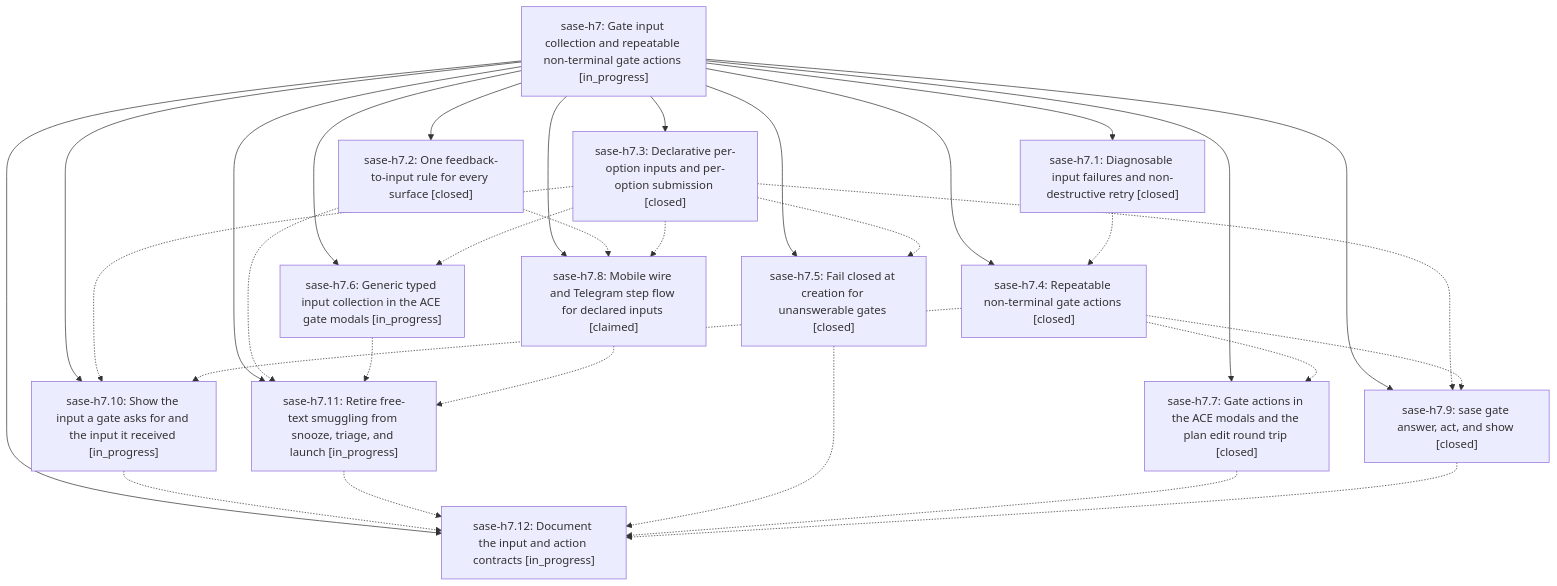
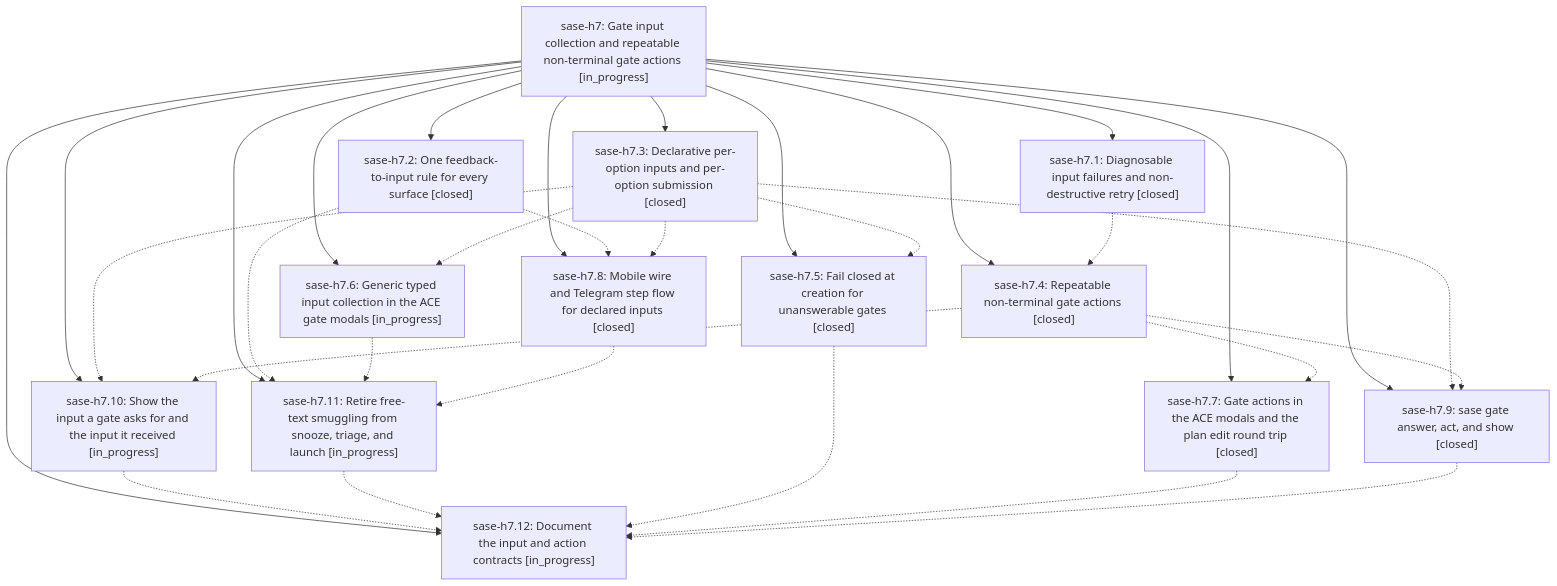
The diagram in pages/sase-h7/README.md (sase-org/sase--beads), drawn with Mermaid before and after one commit. The commit also changed other lines of this file and 4 other files, not shown here.

````diff
--- a/pages/sase-h7/README.md
+++ b/pages/sase-h7/README.md
@@ -37,46 +37,46 @@
 ```mermaid
 flowchart TD
     n0["sase-h7: Gate input collection and repeatable non-terminal gate actions [in_progress]"]
     n1["sase-h7.1: Diagnosable input failures and non-destructive retry [closed]"]
     n2["sase-h7.10: Show the input a gate asks for and the input it received [in_progress]"]
     n3["sase-h7.11: Retire free-text smuggling from snooze, triage, and launch [in_progress]"]
     n4["sase-h7.12: Document the input and action contracts [in_progress]"]
     n5["sase-h7.2: One feedback-to-input rule for every surface [closed]"]
     n6["sase-h7.3: Declarative per-option inputs and per-option submission [closed]"]
     n7["sase-h7.4: Repeatable non-terminal gate actions [closed]"]
     n8["sase-h7.5: Fail closed at creation for unanswerable gates [closed]"]
     n9["sase-h7.6: Generic typed input collection in the ACE gate modals [in_progress]"]
     n10["sase-h7.7: Gate actions in the ACE modals and the plan edit round trip [closed]"]
-    n11["sase-h7.8: Mobile wire and Telegram step flow for declared inputs [claimed]"]
+    n11["sase-h7.8: Mobile wire and Telegram step flow for declared inputs [closed]"]
     n12["sase-h7.9: sase gate answer, act, and show [closed]"]
     n0 --> n1
     n0 --> n2
     n0 --> n3
     n0 --> n4
     n0 --> n5
     n0 --> n6
     n0 --> n7
     n0 --> n8
     n0 --> n9
     n0 --> n10
     n0 --> n11
     n0 --> n12
     n1 -.-> n7
     n2 -.-> n4
     n3 -.-> n4
     n5 -.-> n3
     n5 -.-> n11
     n6 -.-> n2
     n6 -.-> n8
     n6 -.-> n9
     n6 -.-> n11
     n6 -.-> n12
     n7 -.-> n2
     n7 -.-> n10
     n7 -.-> n12
     n8 -.-> n4
     n9 -.-> n3
     n10 -.-> n4
     n11 -.-> n3
     n12 -.-> n4
 ```
````
